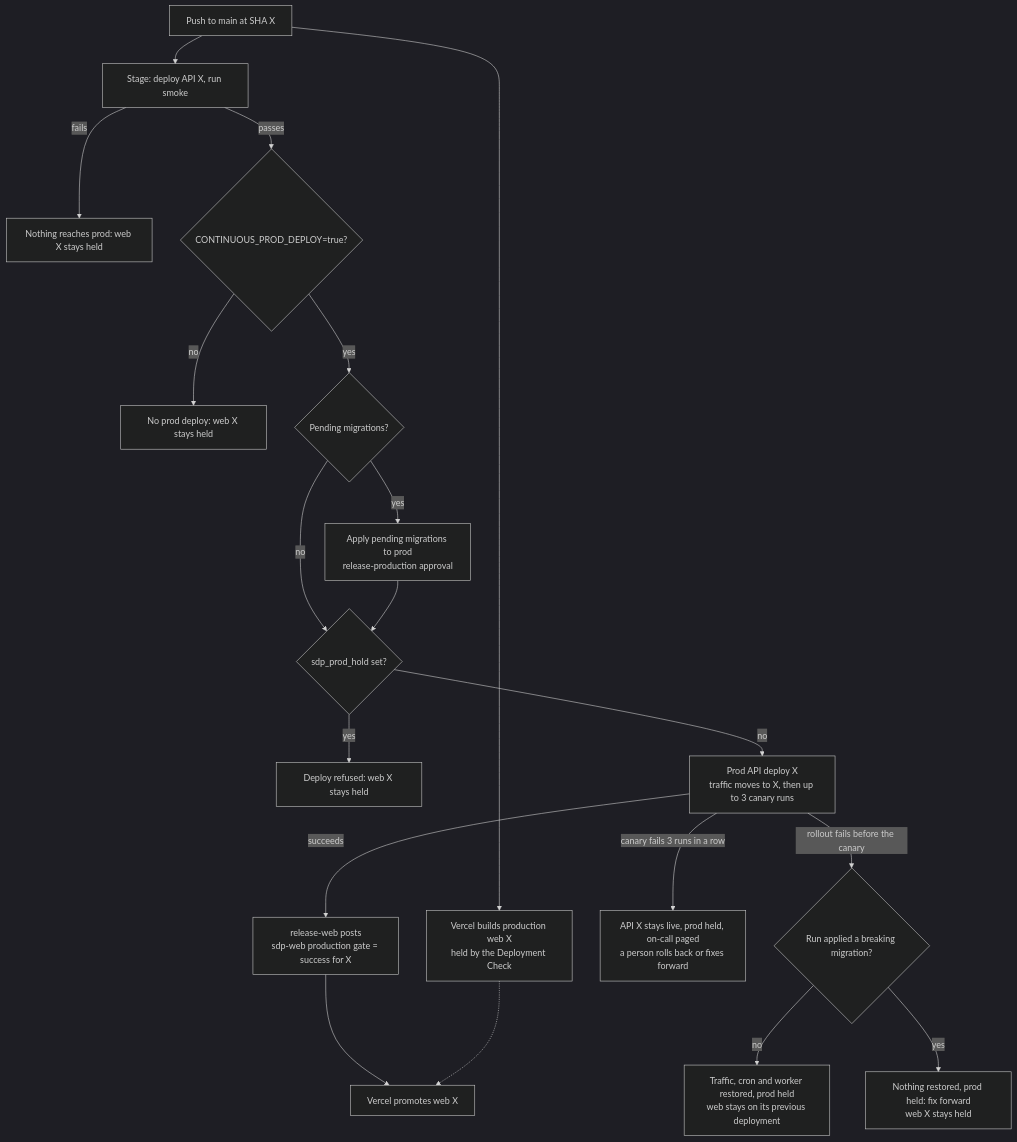
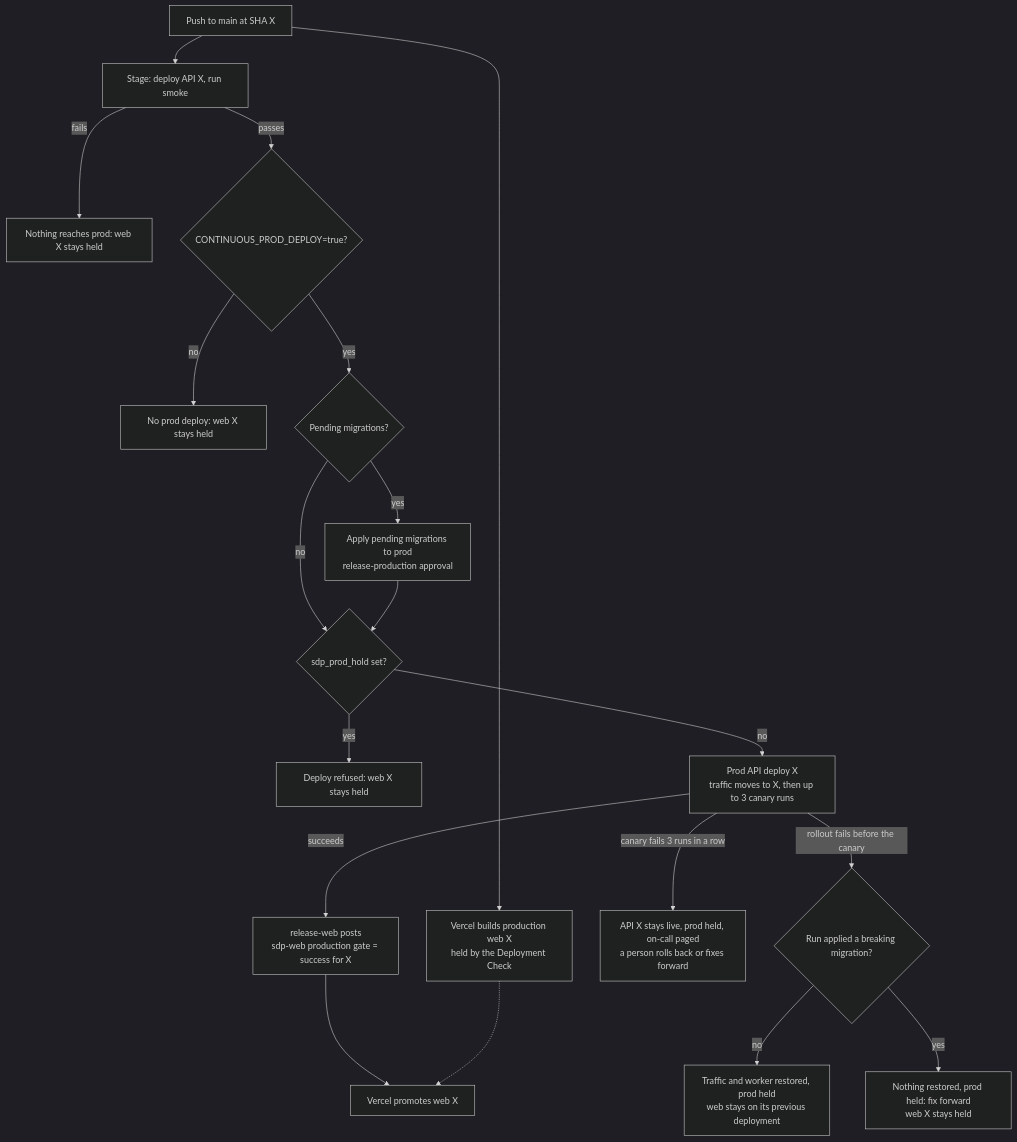
The diagram in docs/ops/release-operations.md (cgwbmp/solana-developer-platform-app), drawn with Mermaid (dark theme) before and after one commit. The commit also changed other lines of this file and 100 other files, not shown here.

First line of the commit message:
refactor(api): run every background cron as a Cron Definition on the worker (#2414)

````diff
--- a/docs/ops/release-operations.md
+++ b/docs/ops/release-operations.md
@@ -20,21 +20,21 @@
 ```mermaid
 flowchart TD
   M["Push to main at SHA X"] --> WB["Vercel builds production web X<br/>held by the Deployment Check"]
   M --> ST["Stage: deploy API X, run smoke"]
   ST -- fails --> H1["Nothing reaches prod: web X stays held"]
   ST -- passes --> KS{"CONTINUOUS_PROD_DEPLOY=true?"}
   KS -- no --> H0["No prod deploy: web X stays held"]
   KS -- yes --> SC{"Pending migrations?"}
   SC -- yes --> AP["Apply pending migrations to prod<br/>release-production approval"]
   SC -- no --> HD{"sdp_prod_hold set?"}
   AP --> HD
   HD -- yes --> H4["Deploy refused: web X stays held"]
   HD -- no --> PD["Prod API deploy X<br/>traffic moves to X, then up to 3 canary runs"]
   PD -- "rollout fails before the canary" --> BR{"Run applied a breaking migration?"}
-  BR -- no --> H2["Traffic, cron and worker restored, prod held<br/>web stays on its previous deployment"]
+  BR -- no --> H2["Traffic and worker restored, prod held<br/>web stays on its previous deployment"]
   BR -- yes --> H3["Nothing restored, prod held: fix forward<br/>web X stays held"]
   PD -- "canary fails 3 runs in a row" --> H5["API X stays live, prod held, on-call paged<br/>a person rolls back or fixes forward"]
   PD -- succeeds --> RW["release-web posts<br/>sdp-web production gate = success for X"]
   RW --> VP["Vercel promotes web X"]
   WB -.-> VP
 ```
````
